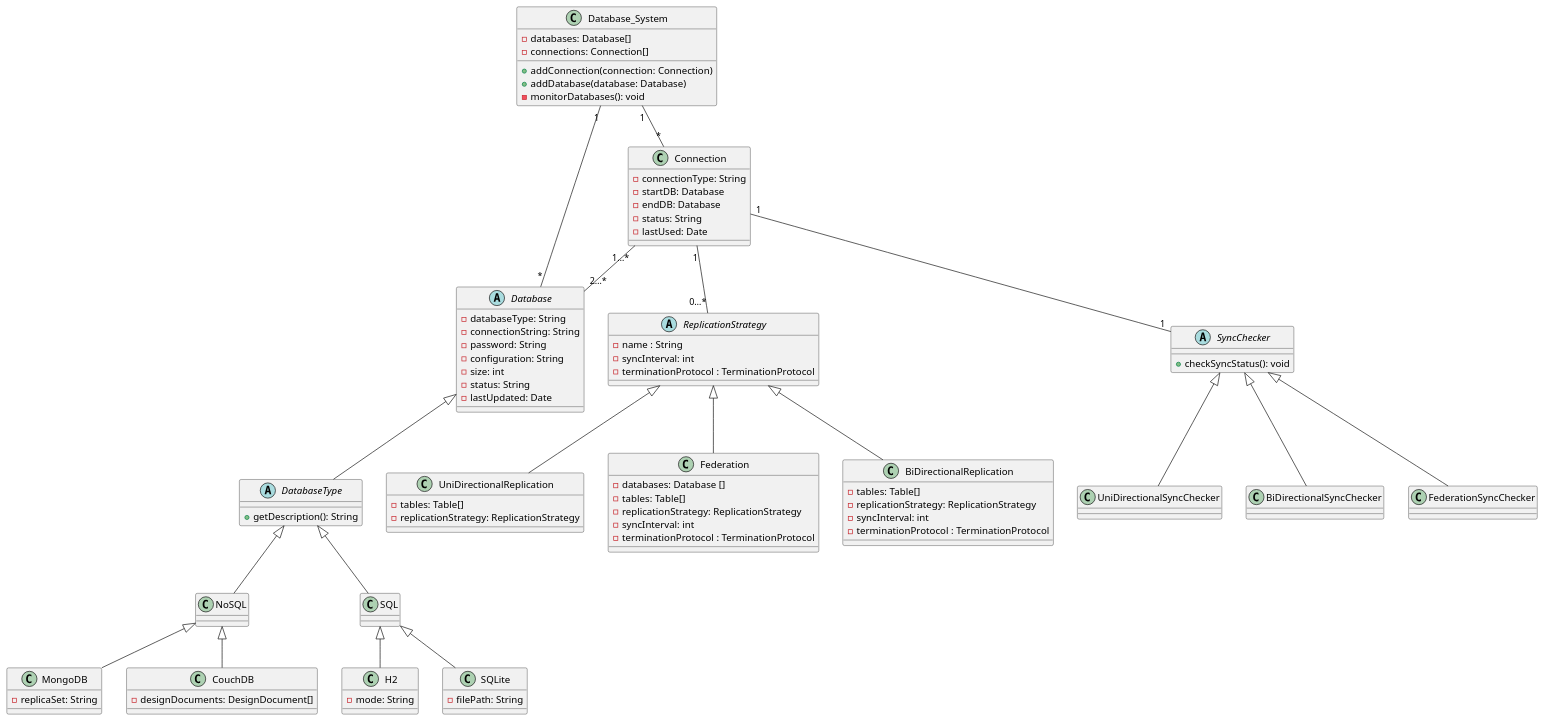
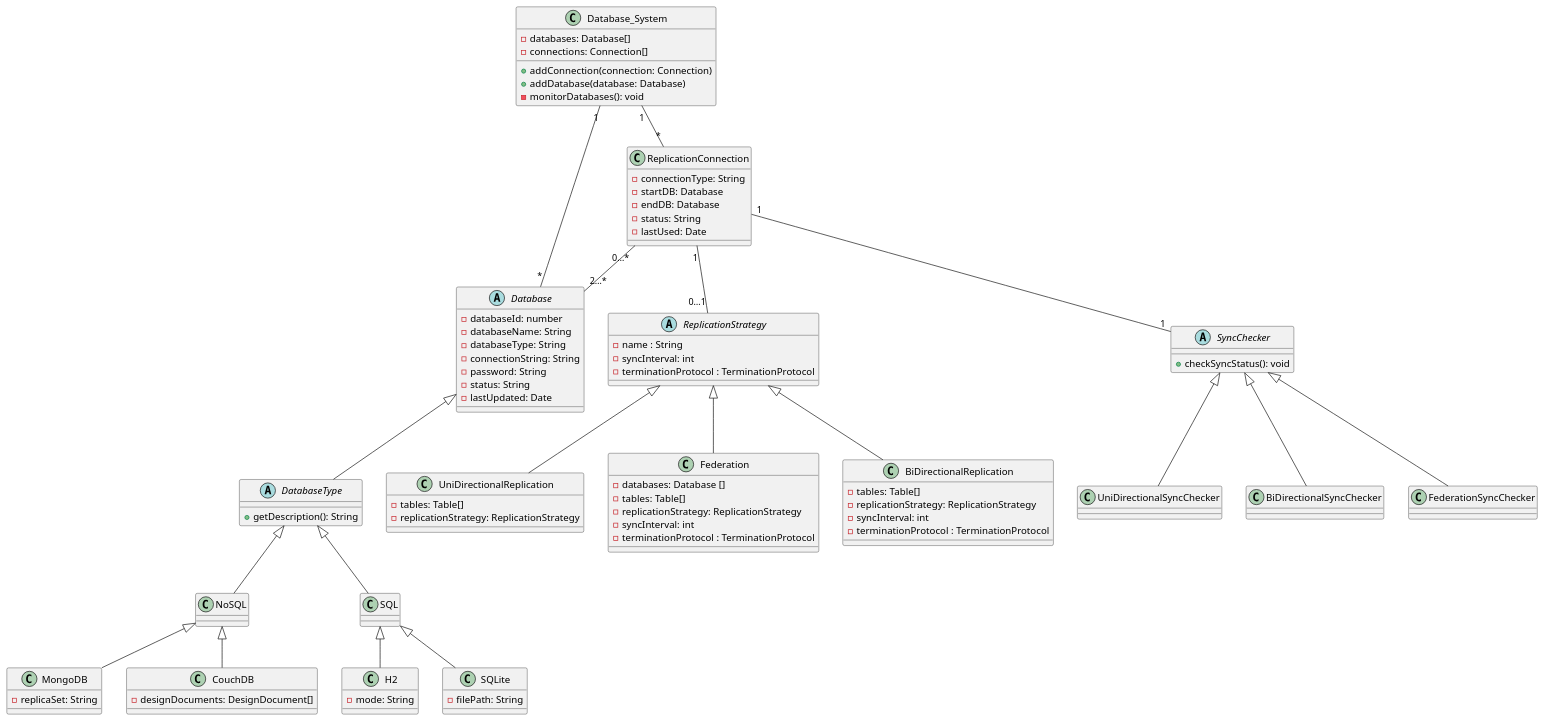
Before and after one commit to adam-omah/Final-Year-Project-Documents: the diagram in PlantUML/Class-diagram.puml, drawn with PlantUML. The commit also changed 1 other file, not shown here.

Commit message:
Further progress on the lit review, minor change to UML diagram, start of write up of Prototype

```diff
--- a/PlantUML/Class-diagram.puml
+++ b/PlantUML/Class-diagram.puml
@@ -1,109 +1,109 @@
 @startuml
 
 abstract class Database {
+  - databaseId: number
+  - databaseName: String
   - databaseType: String
   - connectionString: String
   - password: String
-  - configuration: String
-  - size: int
   - status: String
   - lastUpdated: Date
 }
 
 abstract class DatabaseType{
   + getDescription(): String
 }
 
 class NoSQL extends DatabaseType {
 
 }
 
 class SQL extends DatabaseType {
 
 }
 
 class MongoDB extends NoSQL {
   - replicaSet: String
 }
 
 class CouchDB extends NoSQL {
   - designDocuments: DesignDocument[]
 }
 
 class H2 extends SQL {
   - mode: String
 }
 
 class SQLite extends SQL {
   - filePath: String
 }
 
-class Connection {
+class ReplicationConnection {
   - connectionType: String
   - startDB: Database
   - endDB: Database
   - status: String
   - lastUsed: Date
 }
 
 abstract class ReplicationStrategy {
     - name : String
     - syncInterval: int
     - terminationProtocol : TerminationProtocol
 }
 
 class UniDirectionalReplication extends ReplicationStrategy {
   - tables: Table[]
   - replicationStrategy: ReplicationStrategy
 
 }
 
 class Federation extends ReplicationStrategy {
   - databases: Database []
   - tables: Table[]
   - replicationStrategy: ReplicationStrategy
   - syncInterval: int
   - terminationProtocol : TerminationProtocol
 }
 
 class BiDirectionalReplication extends ReplicationStrategy {
   - tables: Table[]
   - replicationStrategy: ReplicationStrategy
   - syncInterval: int
   - terminationProtocol : TerminationProtocol
 }
 
 class Database_System {
   - databases: Database[]
   - connections: Connection[]
   + addConnection(connection: Connection)
   + addDatabase(database: Database)
   - monitorDatabases(): void
 }
 
 abstract class SyncChecker {
   + checkSyncStatus(): void
 }
 
 class UniDirectionalSyncChecker extends SyncChecker {
 
 }
 
 class BiDirectionalSyncChecker extends SyncChecker {
 
 }
 
 class FederationSyncChecker extends SyncChecker {
 
 }
 
 Database <|-- DatabaseType
-Connection "1" -- "0…*" ReplicationStrategy
-Connection "1" -- "1" SyncChecker
-Connection "1…*" -- "2…*" Database
+ReplicationConnection "1" -- "0…1" ReplicationStrategy
+ReplicationConnection "1" -- "1" SyncChecker
+ReplicationConnection "0…*" -- "2…*" Database
 
 Database_System "1" -- "*" Database
 
-Database_System "1" -- "*" Connection
+Database_System "1" -- "*" ReplicationConnection
 
 @enduml
```
